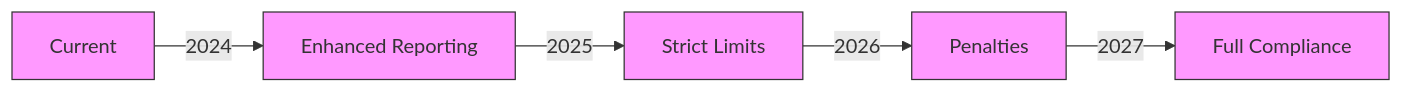
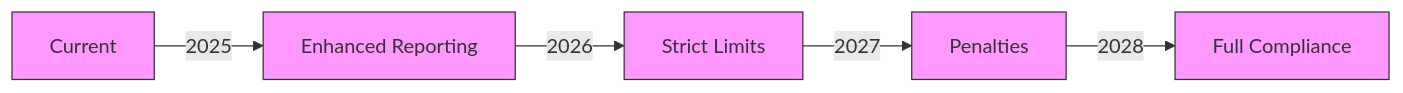
Before and after one commit to Vortx-AI/synthetic-satellite: the fifth of 16 diagrams in docs/sustainability/README.md, drawn with Mermaid. The commit also changed other lines of this file, not shown here.

````diff
--- a/docs/sustainability/README.md
+++ b/docs/sustainability/README.md
@@ -116,10 +116,10 @@
    ```mermaid
    graph LR
-       A[Current] -->|2024| B[Enhanced Reporting]
-       B -->|2025| C[Strict Limits]
-       C -->|2026| D[Penalties]
-       D -->|2027| E[Full Compliance]
+       A[Current] -->|2025| B[Enhanced Reporting]
+       B -->|2026| C[Strict Limits]
+       C -->|2027| D[Penalties]
+       D -->|2028| E[Full Compliance]
        
        classDef phase fill:#f9f,stroke:#333
        class A,B,C,D,E phase
    ```
````
